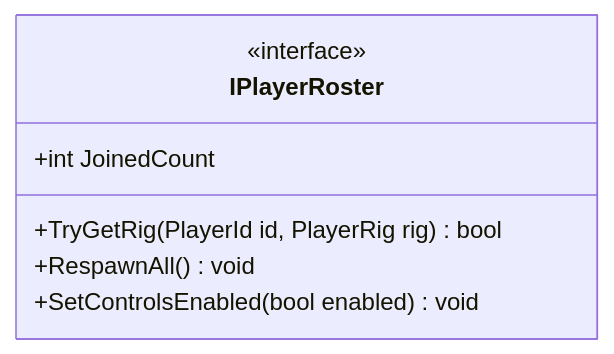
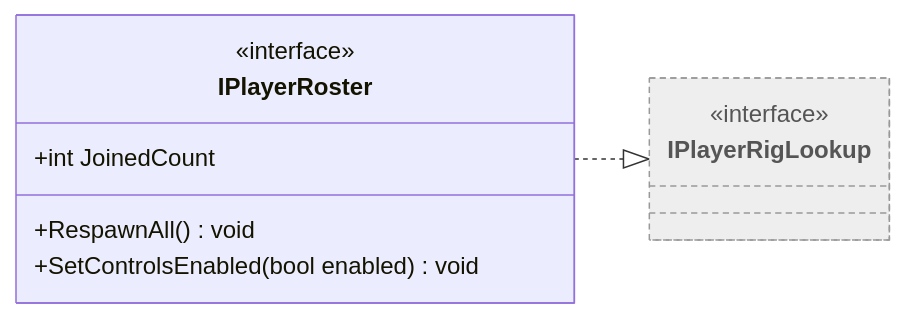
The diagram in Docs/Arquitectura/Clases/Player/IPlayerRoster.md (Chacashi/Alien-Farms), drawn with Mermaid before and after one commit. The commit also changed other lines of this file and 171 other files, not shown here.

````diff
--- a/Docs/Arquitectura/Clases/Player/IPlayerRoster.md
+++ b/Docs/Arquitectura/Clases/Player/IPlayerRoster.md
@@ -18,12 +21,14 @@
 ```mermaid
 classDiagram
   direction LR
   class IPlayerRoster {
     <<interface>>
     +int JoinedCount
-    +TryGetRig(PlayerId id, PlayerRig rig) bool
     +RespawnAll() void
     +SetControlsEnabled(bool enabled) void
   }
+  class IPlayerRigLookup:::external
+  <<interface>> IPlayerRigLookup
+  IPlayerRoster ..|> IPlayerRigLookup
   classDef external fill:#eee,stroke:#999,stroke-dasharray: 4 3,color:#555
 ```
````
